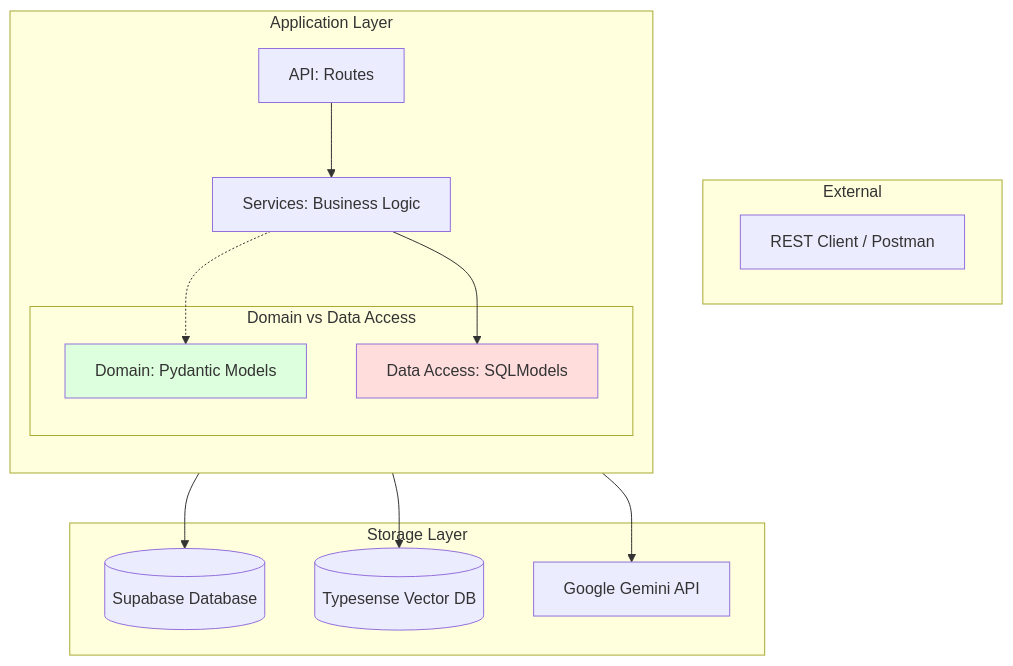
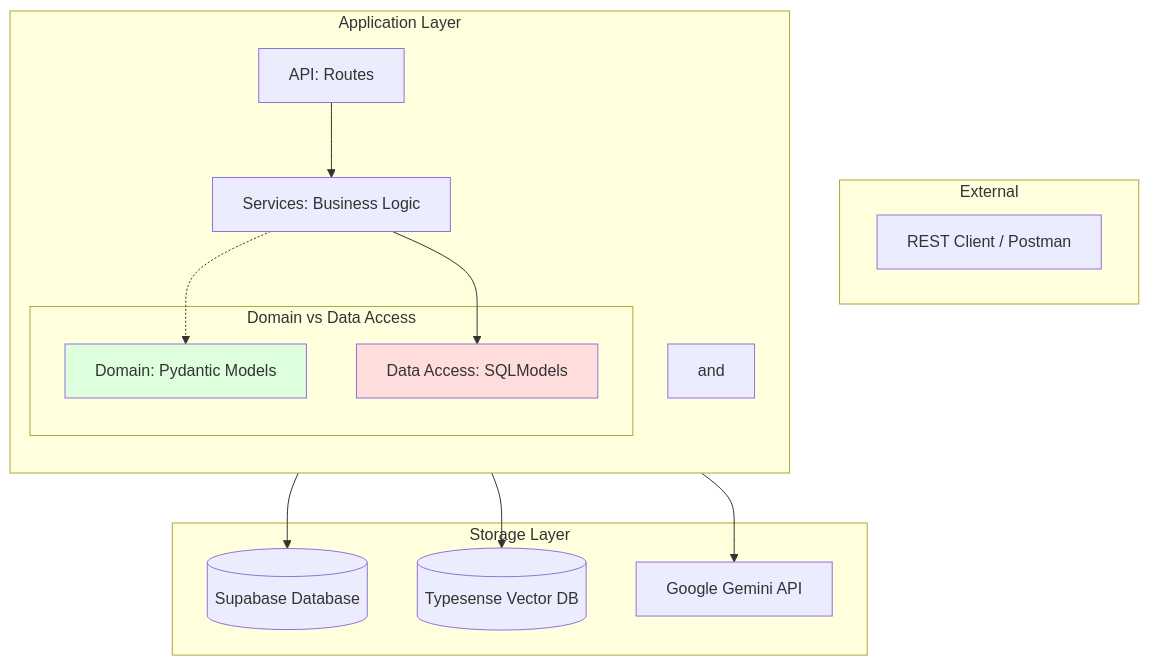
The diagram in README.md (Andrew-GLB/vector-domain-search-api), drawn with Mermaid before and after one commit. The commit also changed 20 other files, not shown here.

````diff
--- a/README.md
+++ b/README.md
@@ -1,28 +1,28 @@
 ```mermaid
 graph TD
     subgraph Client_Layer ["External"]
         User["REST Client / Postman"]
     end
 
     subgraph FastAPI_Application ["Application Layer"]
         direction TB
         R["API: Routes"] --> S["Services: Business Logic"]
-        
+         and 
         subgraph Entities ["Domain vs Data Access"]
             D["Domain: Pydantic Models"]
             DA["Data Access: SQLModels"]
         end
         
         S -.-> D
         S --> DA
     end
 
     subgraph Infrastructure ["Storage Layer"]
         DA --> DB[("Supabase Database")]
         S --> VDB[("Typesense Vector DB")]
         S --> AI["Google Gemini API"]
     end
 
     style D fill:#dfd
     style DA fill:#fdd
 ```
````
